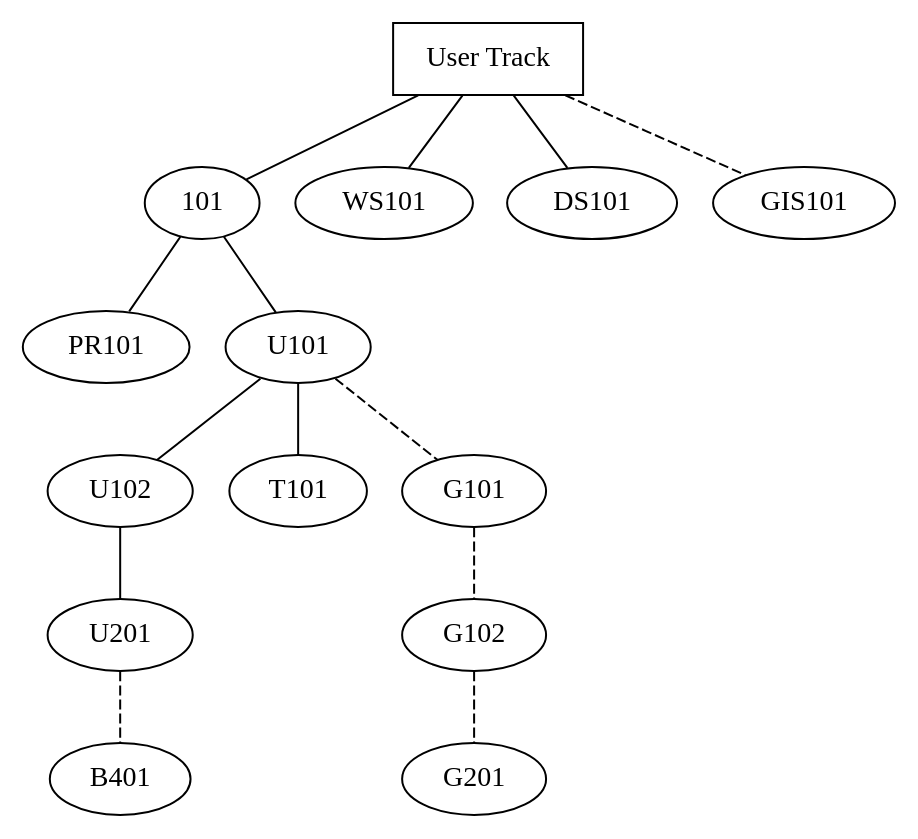
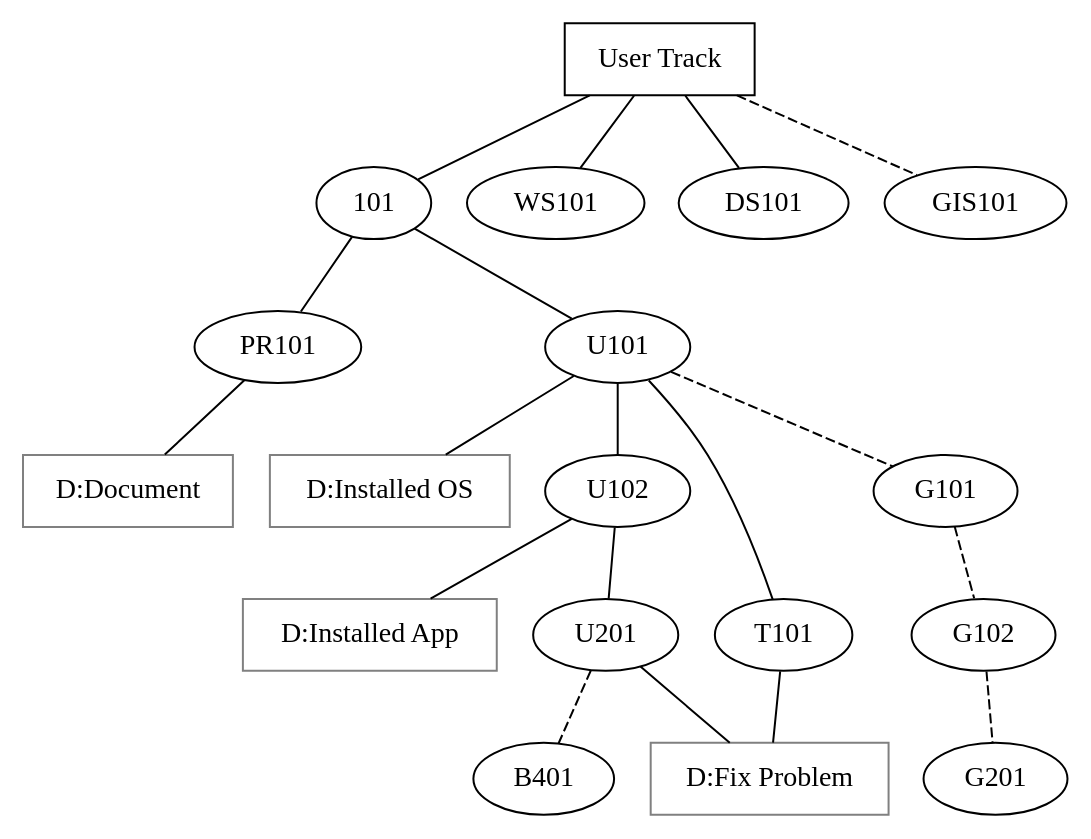
One commit to open-it-lab/ol-curriculum changed the diagram in user-track.dot. Above: the diagram before and after it, drawn with Graphviz.

Commit message:
user track deliverables

```diff
--- a/user-track.dot
+++ b/user-track.dot
@@ -1,21 +1,33 @@
 graph g {
 	# nodes.doth
 	
 	g [label="User Track", shape="rectangle"];
+
+	deliver1 [label="D:Document",shape="rectangle",color="gray"];
+	deliver2 [label="D:Installed OS",shape="rectangle",color="gray"];
+	deliver3 [label="D:Installed App",shape="rectangle",color="gray"];
+	deliver4 [label="D:Fix Problem",shape="rectangle",color="gray"];
+
 	g -- 101;
 	101 -- PR101;
 	101 -- U101;
 	U101 -- U102;
 	U102 -- U201;
 	U101 -- T101;
 	g -- WS101;
 	g -- DS101;
 
 	U201 -- B401 [style="dashed"];
 
 	U101 -- G101 [style="dashed"];
 	G101 -- G102 [style="dashed"];
 	G102 -- G201 [style="dashed"];
 
 	g -- GIS101 [style="dashed"];
+
+	PR101 -- deliver1;
+	U101 -- deliver2;
+	U102 -- deliver3;
+	T101 -- deliver4;
+	U201 -- deliver4;
 }
```
